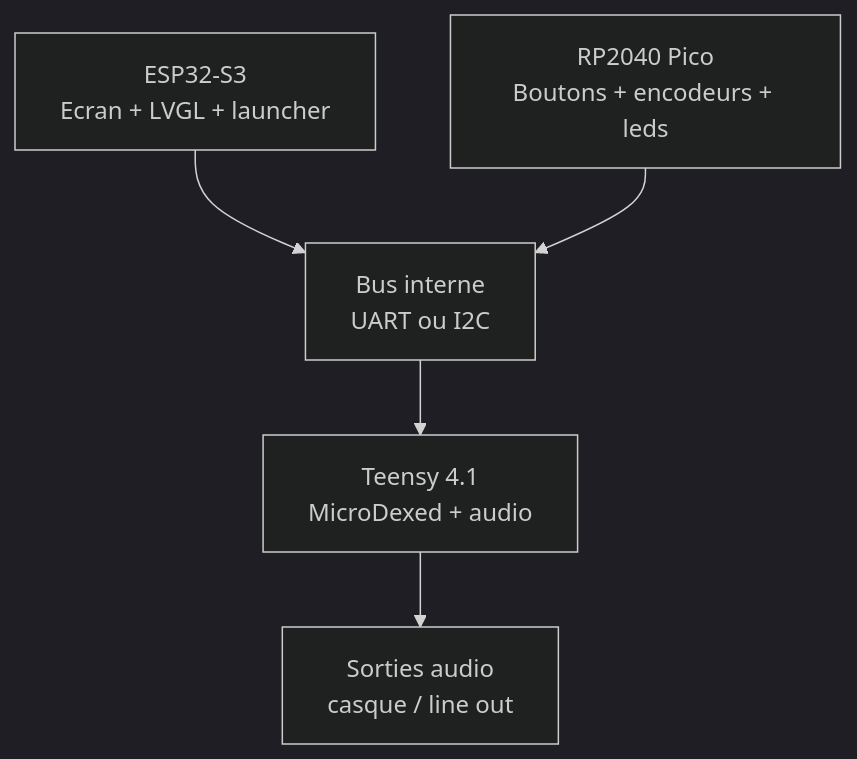
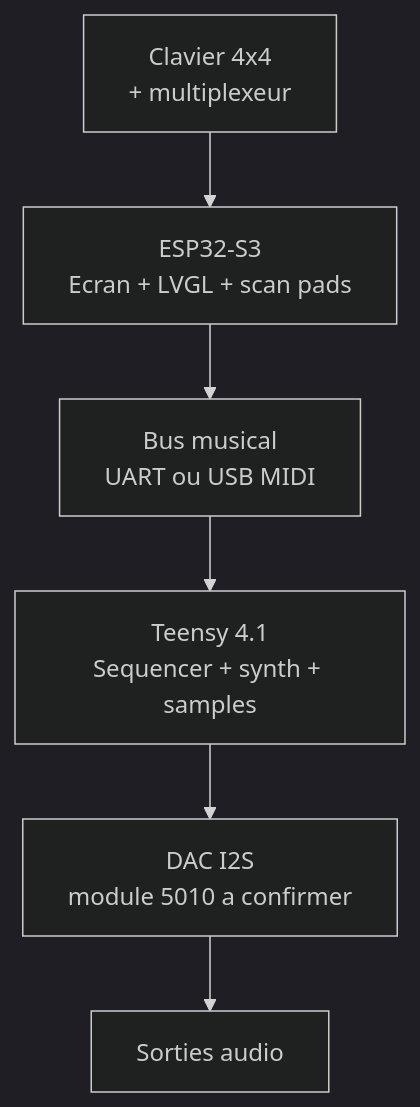
One commit to propann/L-AZ-2 changed the first of 2 diagrams in docs/AZ2_ECRAN_FACADE.md. Above: the diagram before and after it, drawn with Mermaid (dark theme). The commit also changed other lines of this file, not shown here.

Commit message:
Refine AZ2 groovebox screen and keypad architecture

````diff
--- a/docs/AZ2_ECRAN_FACADE.md
+++ b/docs/AZ2_ECRAN_FACADE.md
@@ -22,7 +53,8 @@
 ```mermaid
 flowchart TD
-    UI[ESP32-S3\nEcran + LVGL + launcher] --> BUS[Bus interne\nUART ou I2C]
-    CTRL[RP2040 Pico\nBoutons + encodeurs + leds] --> BUS
-    BUS --> AUDIO[Teensy 4.1\nMicroDexed + audio]
-    AUDIO --> OUT[Sorties audio\ncasque / line out]
+    PAD[Clavier 4x4\n+ multiplexeur] --> UI[ESP32-S3\nEcran + LVGL + scan pads]
+    UI --> BUS[Bus musical\nUART ou USB MIDI]
+    BUS --> AUDIO[Teensy 4.1\nSequencer + synth + samples]
+    AUDIO --> DAC[DAC I2S\nmodule 5010 a confirmer]
+    DAC --> OUT[Sorties audio]
 ```
````
